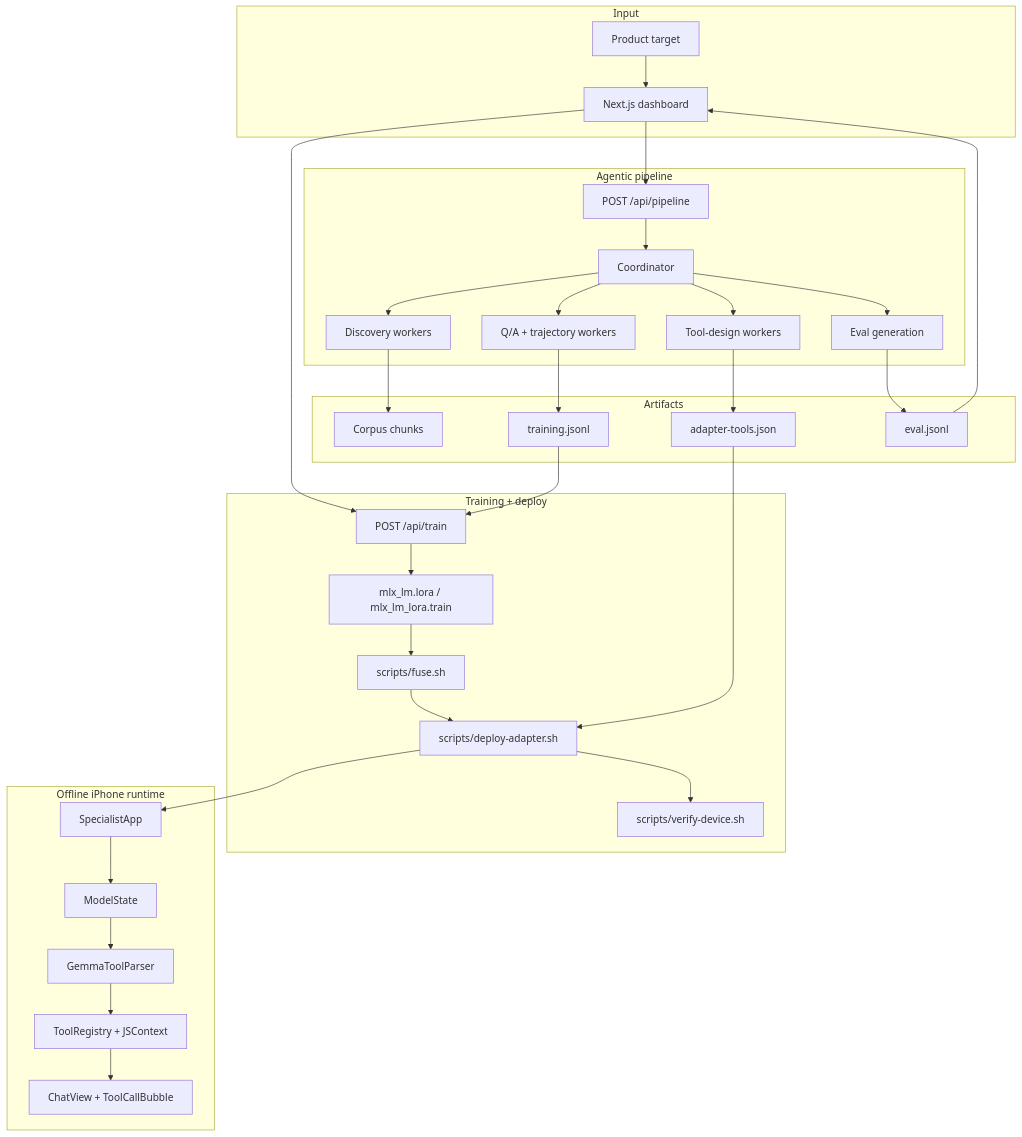
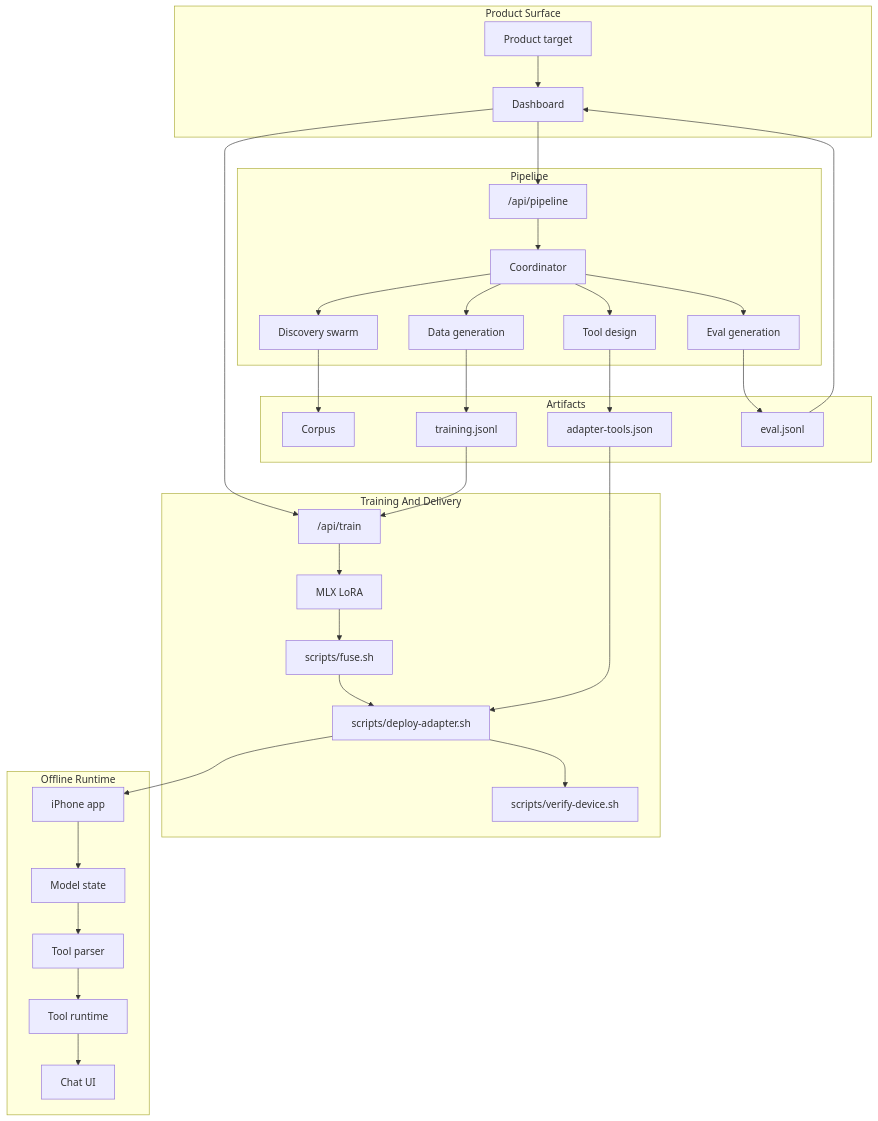
Before and after one commit to Julian-AT/codex-hackathon: the first of 3 diagrams in README.md, drawn with Mermaid. The commit also changed other lines of this file, not shown here.

````diff
--- a/README.md
+++ b/README.md
@@ -75,51 +64,51 @@
 ```mermaid
 flowchart TB
-  subgraph input [Input]
-    USER["Product target"]
-    DASH["Next.js dashboard"]
+  subgraph product["Product Surface"]
+    TARGET["Product target"]
+    DASH["Dashboard"]
   end
 
-  subgraph swarm [Agentic pipeline]
-    PIPE["POST /api/pipeline"]
+  subgraph swarm["Pipeline"]
+    PIPE["/api/pipeline"]
     COORD["Coordinator"]
-    DISC["Discovery workers"]
-    TOOLS["Tool-design workers"]
-    DATA["Q/A + trajectory workers"]
+    DISC["Discovery swarm"]
+    TOOLS["Tool design"]
+    DATA["Data generation"]
     EVALGEN["Eval generation"]
   end
 
-  subgraph artifacts [Artifacts]
-    CORPUS["Corpus chunks"]
+  subgraph artifacts["Artifacts"]
+    CORPUS["Corpus"]
     MANIFEST["adapter-tools.json"]
     TRAINJSON["training.jsonl"]
     EVALJSON["eval.jsonl"]
   end
 
-  subgraph training [Training + deploy]
-    TRAIN["POST /api/train"]
-    MLX["mlx_lm.lora / mlx_lm_lora.train"]
+  subgraph training["Training And Delivery"]
+    TRAIN["/api/train"]
+    MLX["MLX LoRA"]
     FUSE["scripts/fuse.sh"]
     DEPLOY["scripts/deploy-adapter.sh"]
     VERIFY["scripts/verify-device.sh"]
   end
 
-  subgraph device [Offline iPhone runtime]
-    IOS["SpecialistApp"]
-    MODEL["ModelState"]
-    PARSER["GemmaToolParser"]
-    REG["ToolRegistry + JSContext"]
-    CHAT["ChatView + ToolCallBubble"]
+  subgraph device["Offline Runtime"]
+    IOS["iPhone app"]
+    MODEL["Model state"]
+    PARSER["Tool parser"]
+    REG["Tool runtime"]
+    CHAT["Chat UI"]
   end
 
-  USER --> DASH --> PIPE --> COORD
+  TARGET --> DASH --> PIPE --> COORD
   COORD --> DISC --> CORPUS
   COORD --> TOOLS --> MANIFEST
   COORD --> DATA --> TRAINJSON
   COORD --> EVALGEN --> EVALJSON
   DASH --> TRAIN --> MLX --> FUSE --> DEPLOY --> IOS
   DEPLOY --> VERIFY
   IOS --> MODEL --> PARSER --> REG --> CHAT
   MANIFEST --> DEPLOY
   TRAINJSON --> TRAIN
   EVALJSON --> DASH
 ```
````
